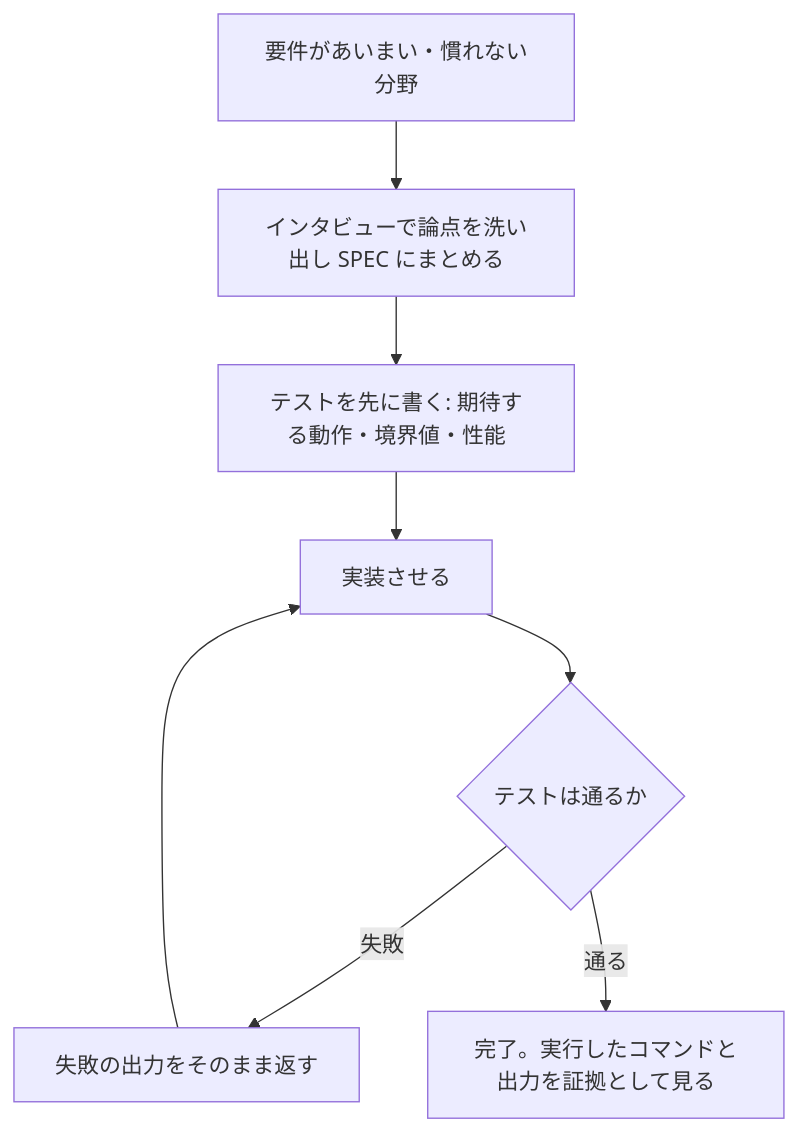
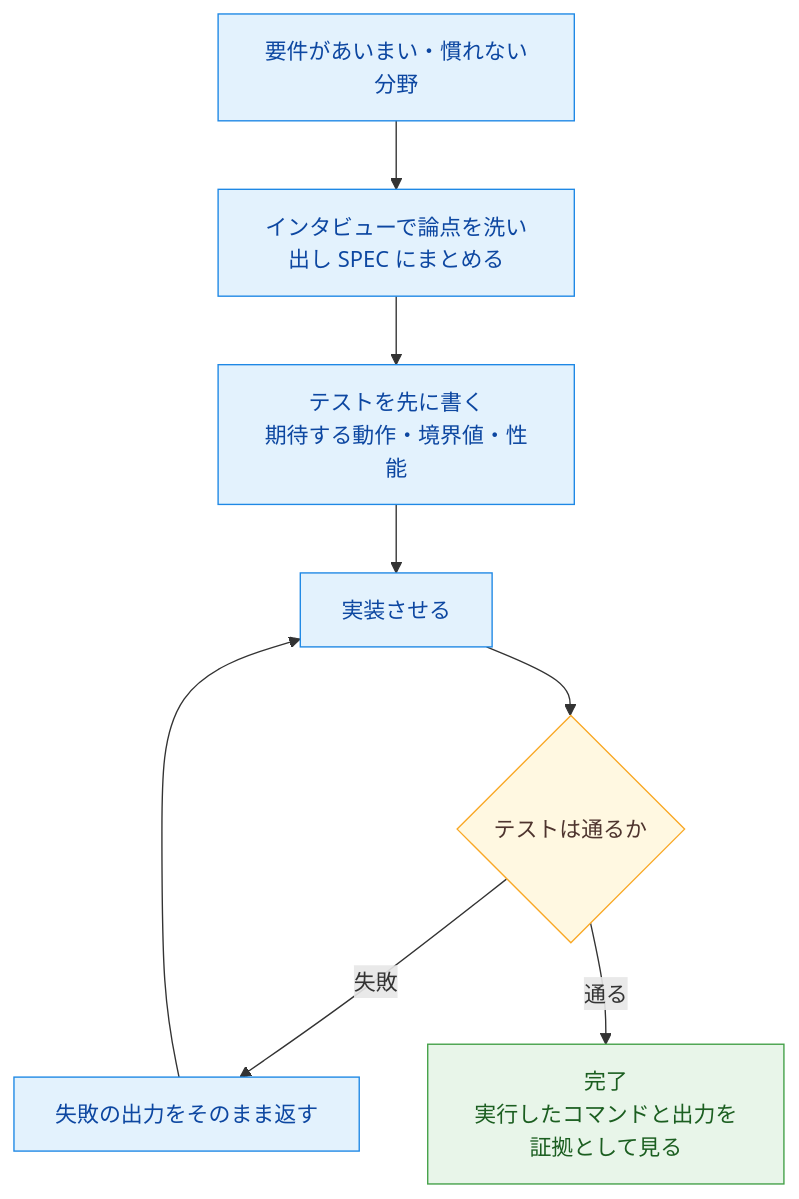
Before and after one commit to yuya-take/yuya-exam-notes: the diagram in ccaf/notes/03-claude-code/iterative-refinement.md, drawn with Mermaid. The commit also changed other lines of this file and 50 other files, not shown here.

````diff
--- a/ccaf/notes/03-claude-code/iterative-refinement.md
+++ b/ccaf/notes/03-claude-code/iterative-refinement.md
@@ -12,10 +12,16 @@
 ```mermaid
 flowchart TD
   A[要件があいまい・慣れない分野] --> B[インタビューで論点を洗い出し SPEC にまとめる]
-  B --> C[テストを先に書く: 期待する動作・境界値・性能]
+  B --> C["テストを先に書く<br>期待する動作・境界値・性能"]
   C --> D[実装させる]
   D --> E{テストは通るか}
-  E -- 失敗 --> F[失敗の出力をそのまま返す]
+  E -->|失敗| F[失敗の出力をそのまま返す]
   F --> D
-  E -- 通る --> G[完了。実行したコマンドと出力を証拠として見る]
+  E -->|通る| G["完了<br>実行したコマンドと出力を証拠として見る"]
+  classDef run fill:#e3f2fd,stroke:#1e88e5,color:#0d47a1
+  classDef judge fill:#fff8e1,stroke:#f9a825,color:#4e342e
+  classDef done fill:#e8f5e9,stroke:#43a047,color:#1b5e20
+  class A,B,C,D,F run
+  class E judge
+  class G done
 ```
````
